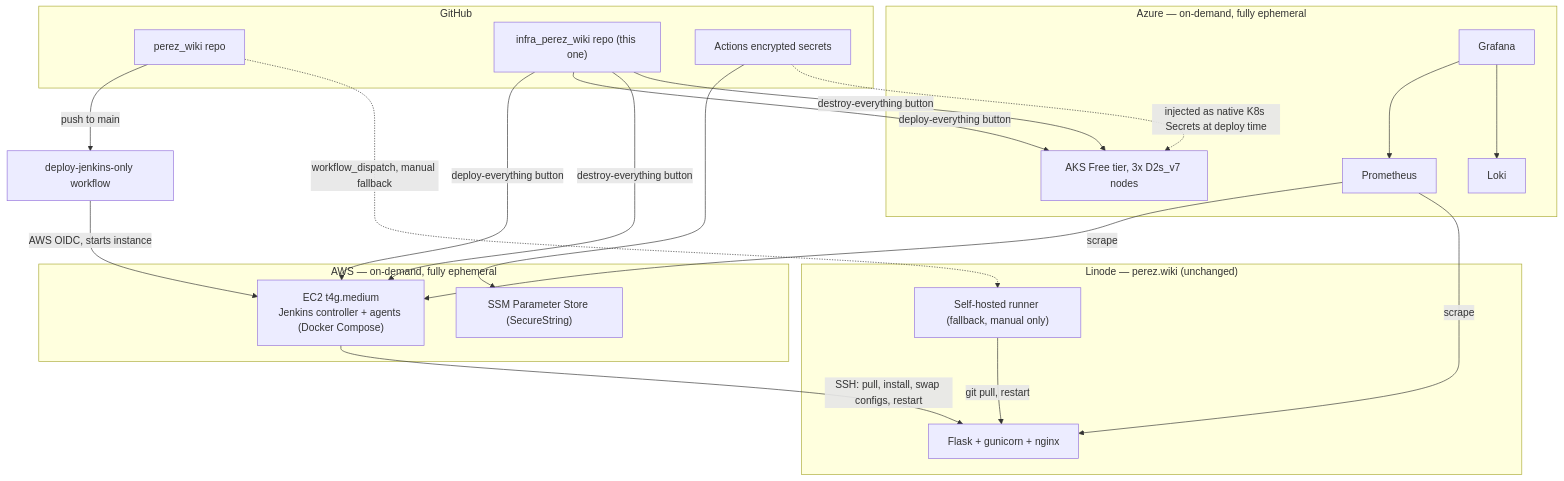
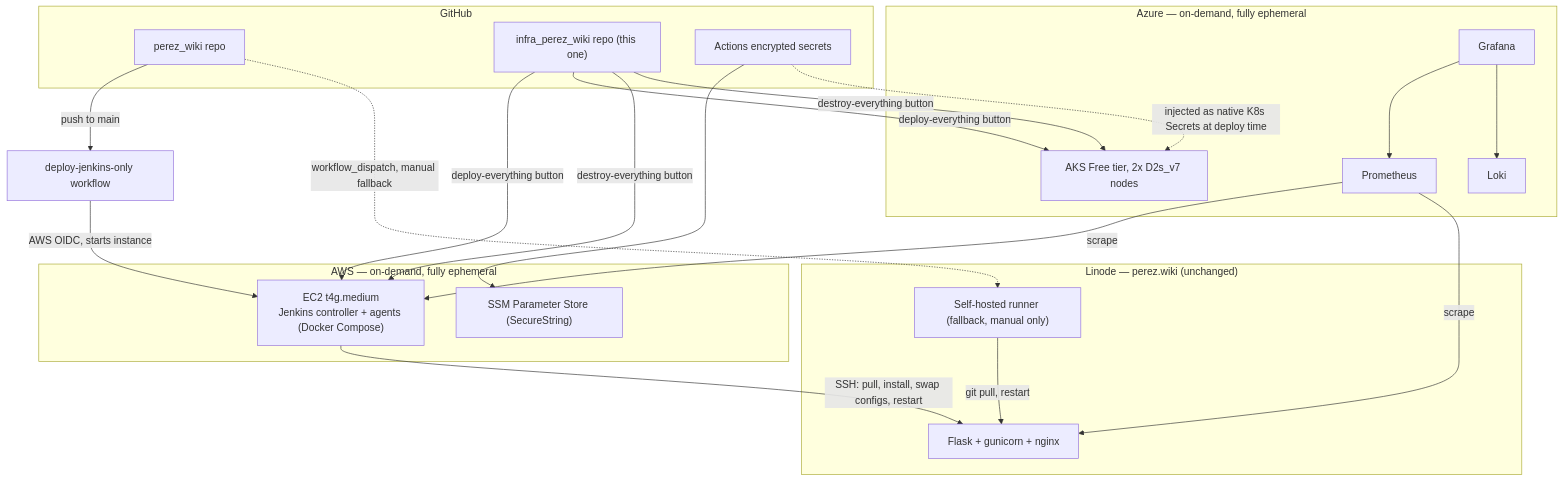
One commit to evolvingsewage/infra_perez_wiki changed the diagram in README.md. Above: the diagram before and after it, drawn with Mermaid. The commit also changed other lines of this file, not shown here.

````diff
--- a/README.md
+++ b/README.md
@@ -15,44 +17,44 @@
 ```mermaid
 flowchart TB
     subgraph GH["GitHub"]
         PW["perez_wiki repo"]
         IPW["infra_perez_wiki repo (this one)"]
         SEC["Actions encrypted secrets"]
     end
 
     subgraph Linode["Linode — perez.wiki (unchanged)"]
         WEB["Flask + gunicorn + nginx"]
         RUNNER["Self-hosted runner (fallback, manual only)"]
     end
 
     subgraph AWS["AWS — on-demand, fully ephemeral"]
         EC2["EC2 t4g.medium\nJenkins controller + agents (Docker Compose)"]
         SSM["SSM Parameter Store (SecureString)"]
     end
 
     subgraph Azure["Azure — on-demand, fully ephemeral"]
-        AKS["AKS Free tier, 3x D2s_v7 nodes"]
+        AKS["AKS Free tier, 2x D2s_v7 nodes"]
         GRAF["Grafana"]
         PROM["Prometheus"]
         LOKI["Loki"]
     end
 
     PW -- "push to main" --> DJ["deploy-jenkins-only workflow"]
     DJ -- "AWS OIDC, starts instance" --> EC2
     EC2 -- "SSH: pull, install, swap configs, restart" --> WEB
     PW -. "workflow_dispatch, manual fallback" .-> RUNNER
     RUNNER -- "git pull, restart" --> WEB
 
     IPW -- "deploy-everything button" --> EC2
     IPW -- "deploy-everything button" --> AKS
     IPW -- "destroy-everything button" --> EC2
     IPW -- "destroy-everything button" --> AKS
 
     SEC --> SSM
     SEC -. "injected as native K8s Secrets at deploy time" .-> AKS
 
     PROM -- "scrape" --> EC2
     PROM -- "scrape" --> WEB
     GRAF --> PROM
     GRAF --> LOKI
 ```
````
